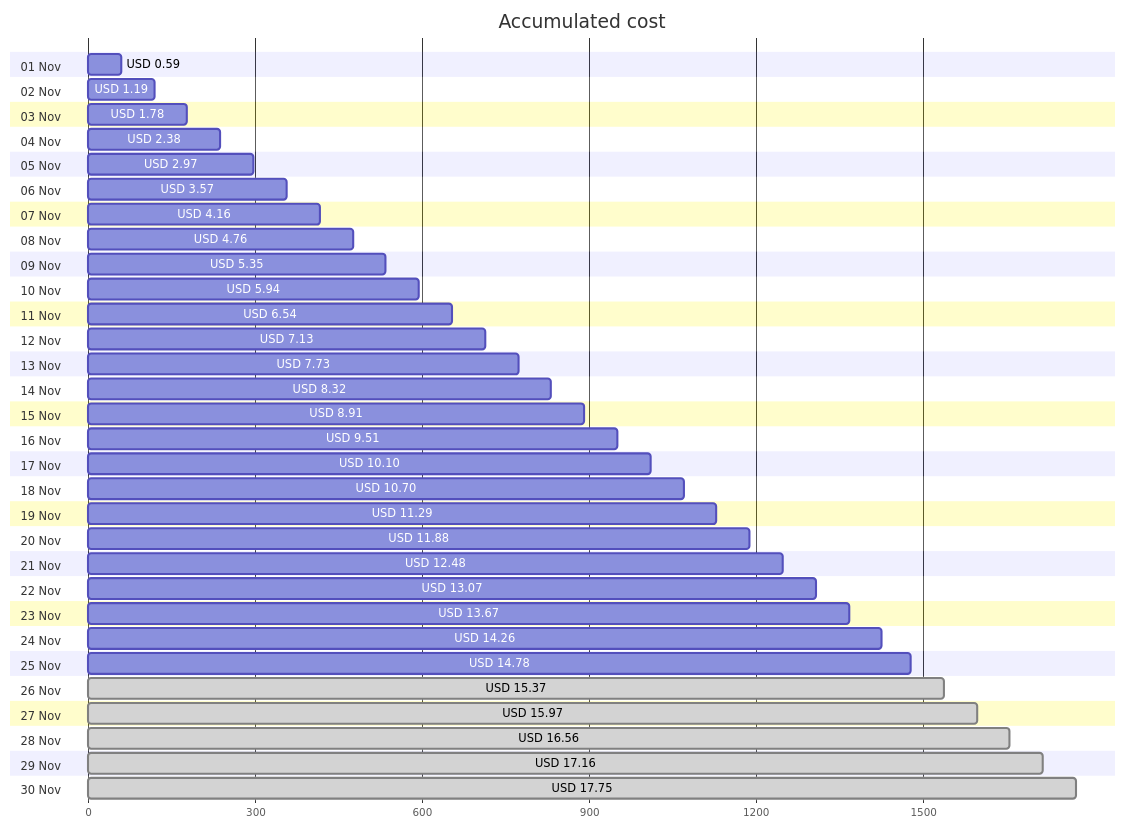
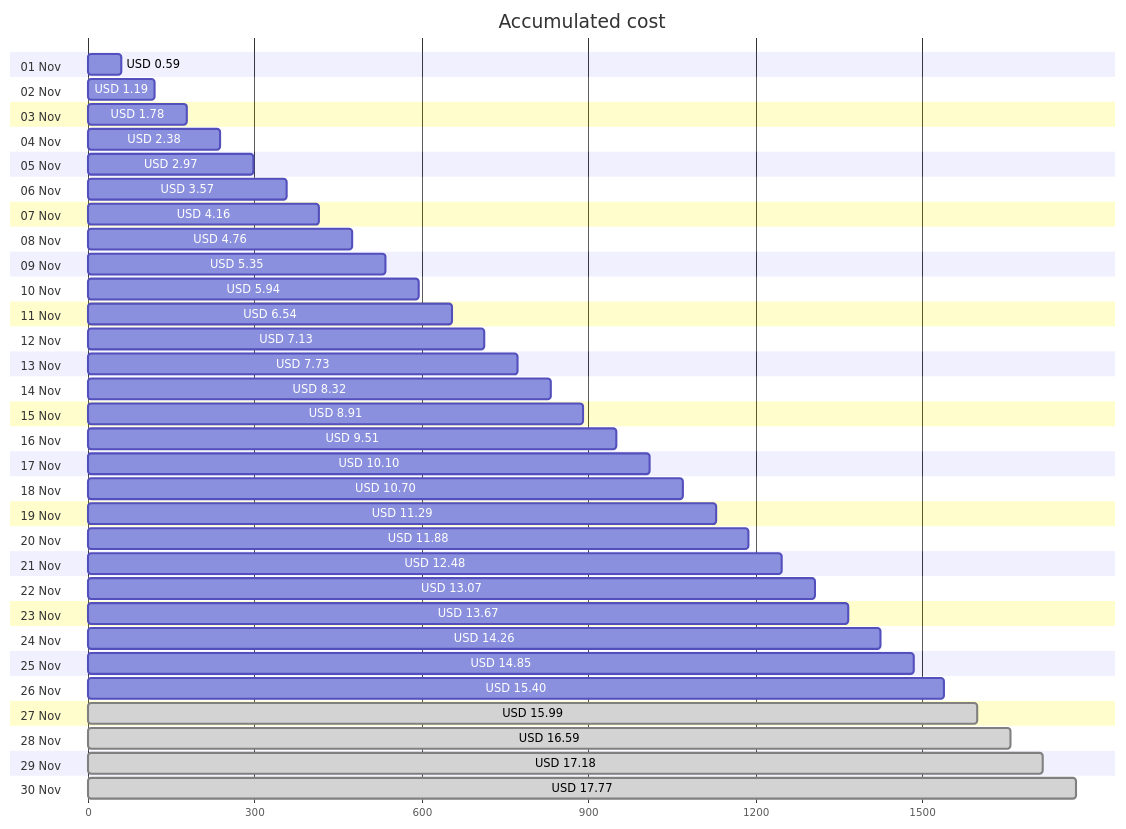
The first of 4 diagrams in cost-reports/personal-site/README.md (jpfulton/azure-personal-reports), drawn with Mermaid before and after one commit. The commit also changed other lines of this file and 6 other files, not shown here.

````diff
--- a/cost-reports/personal-site/README.md
+++ b/cost-reports/personal-site/README.md
@@ -20,66 +20,66 @@
 ```mermaid
 gantt
    title Accumulated cost
    dateFormat  X
    axisFormat %s
    section 01 Nov
    USD 0.59 :0, 59
    section 02 Nov
    USD 1.19 :0, 119
    section 03 Nov
    USD 1.78 :0, 178
    section 04 Nov
    USD 2.38 :0, 238
    section 05 Nov
    USD 2.97 :0, 297
    section 06 Nov
    USD 3.57 :0, 357
    section 07 Nov
    USD 4.16 :0, 416
    section 08 Nov
    USD 4.76 :0, 476
    section 09 Nov
    USD 5.35 :0, 535
    section 10 Nov
    USD 5.94 :0, 594
    section 11 Nov
    USD 6.54 :0, 654
    section 12 Nov
    USD 7.13 :0, 713
    section 13 Nov
    USD 7.73 :0, 773
    section 14 Nov
    USD 8.32 :0, 832
    section 15 Nov
    USD 8.91 :0, 891
    section 16 Nov
    USD 9.51 :0, 951
    section 17 Nov
    USD 10.10 :0, 1010
    section 18 Nov
    USD 10.70 :0, 1070
    section 19 Nov
    USD 11.29 :0, 1129
    section 20 Nov
    USD 11.88 :0, 1188
    section 21 Nov
    USD 12.48 :0, 1248
    section 22 Nov
    USD 13.07 :0, 1307
    section 23 Nov
    USD 13.67 :0, 1367
    section 24 Nov
    USD 14.26 :0, 1426
    section 25 Nov
-   USD 14.78 :0, 1478
+   USD 14.85 :0, 1485
    section 26 Nov
-   USD 15.37 : done, 0, 1537
+   USD 15.40 :0, 1540
    section 27 Nov
-   USD 15.97 : done, 0, 1597
+   USD 15.99 : done, 0, 1599
    section 28 Nov
-   USD 16.56 : done, 0, 1656
+   USD 16.59 : done, 0, 1659
    section 29 Nov
-   USD 17.16 : done, 0, 1716
+   USD 17.18 : done, 0, 1718
    section 30 Nov
-   USD 17.75 : done, 0, 1775
+   USD 17.77 : done, 0, 1777
 ```
````
